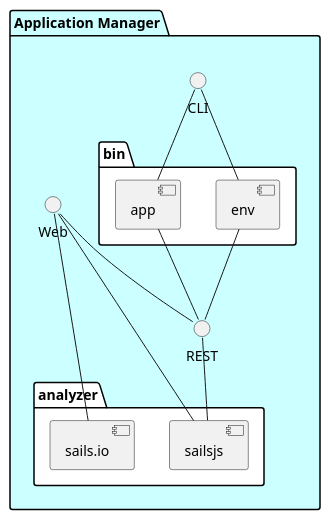
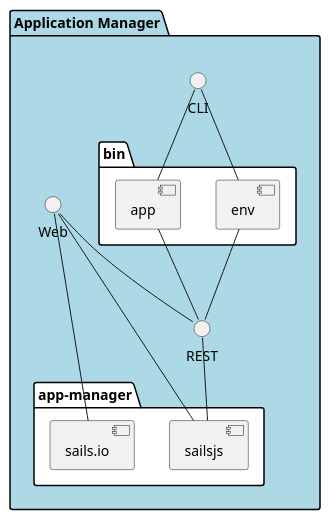
The diagram in docs/Solution/Application-Manager/Physical.puml (CAADE/C3), drawn with PlantUML before and after one commit. The commit also changed 158 other files, not shown here.

```diff
--- a/docs/Solution/Application-Manager/Physical.puml
+++ b/docs/Solution/Application-Manager/Physical.puml
@@ -1,24 +1,24 @@
 @startuml
-package "Application Manager" #ccffff {
+package "Application Manager" #lightblue {
     interface CLI
     interface Web
     interface REST
-    folder analyzer #ffffff {
+    folder "app-manager" #ffffff {
         component sailsjs
         component sails.io
     }
     folder bin #ffffff {
       component app
       component env
     }
 }
 CLI -- app
 CLI -- env
 app -- REST
 env -- REST
 Web -- sailsjs
 Web -- REST
 REST -- sailsjs
 
 Web -- sails.io
 @enduml
```
